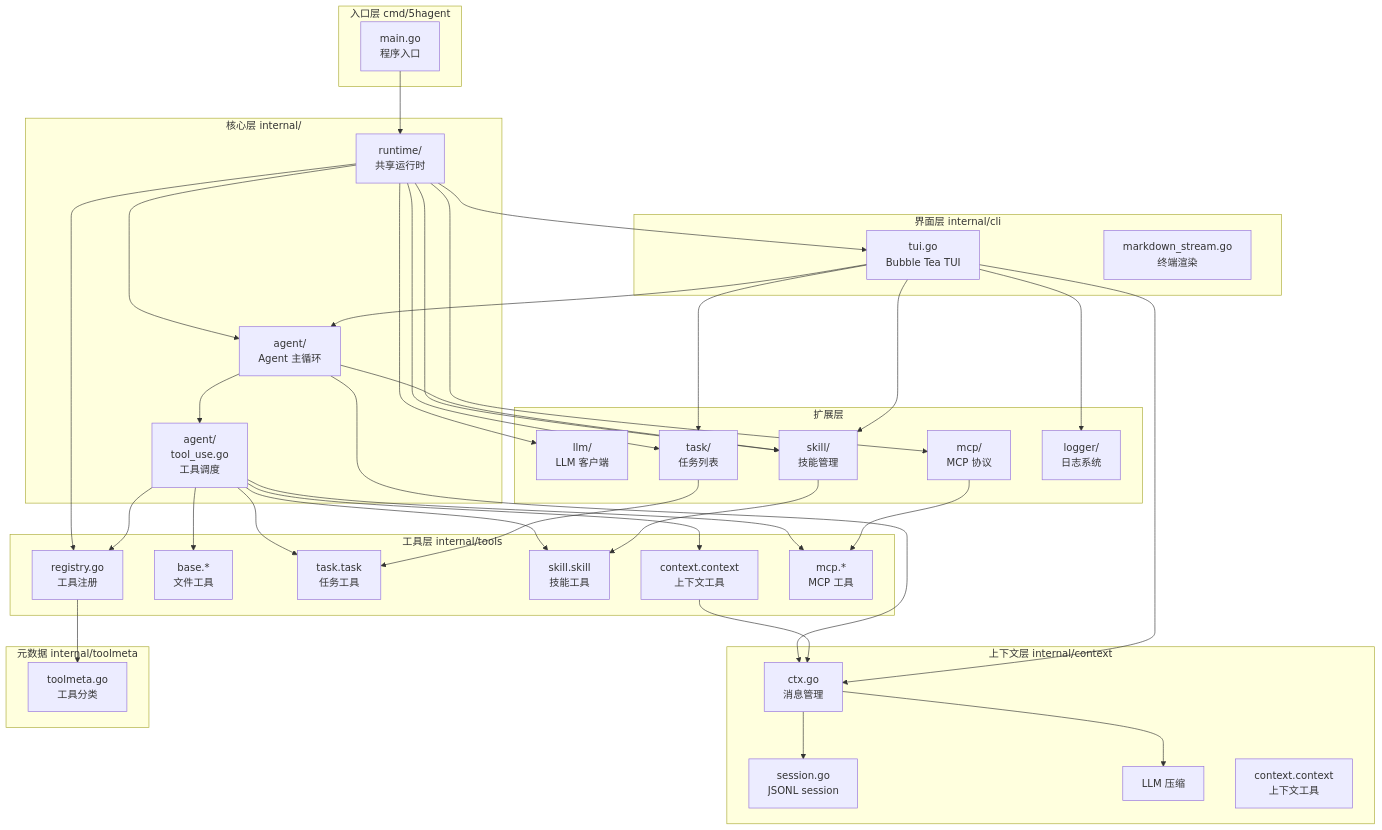
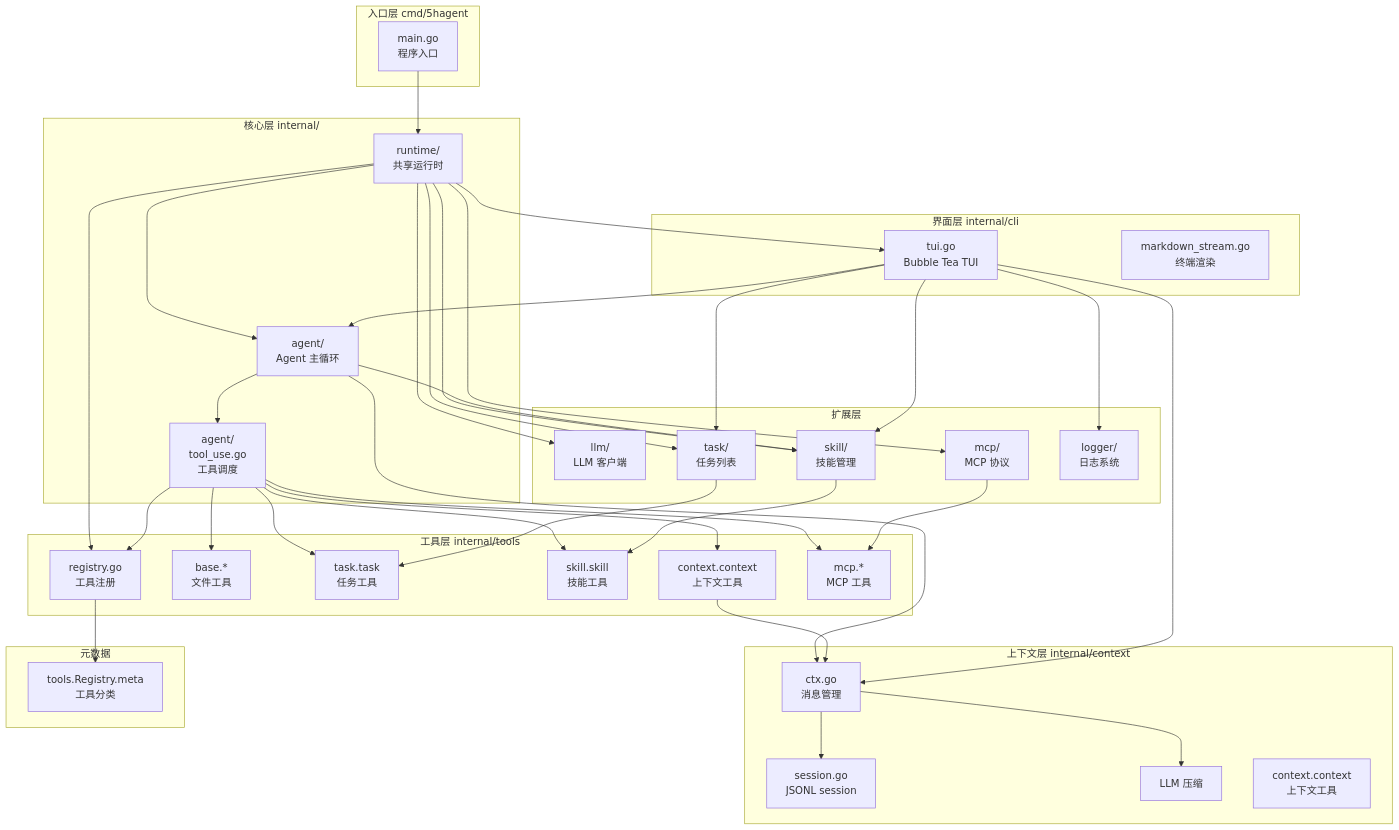
The first of 3 diagrams in doc/0README.md (Ozqi/5hAgent), drawn with Mermaid before and after one commit. The commit also changed other lines of this file and 11 other files, not shown here.

````diff
--- a/doc/0README.md
+++ b/doc/0README.md
@@ -15,80 +15,80 @@
 ```mermaid
 flowchart TB
     subgraph Entry["入口层 cmd/5hagent"]
         main["main.go<br/>程序入口"]
     end
 
     subgraph Core["核心层 internal/"]
         runtime["runtime/<br/>共享运行时"]
         agent["agent/<br/>Agent 主循环"]
         tooluse["agent/<br/>tool_use.go<br/>工具调度"]
     end
 
     subgraph Context["上下文层 internal/context"]
         ctx["ctx.go<br/>消息管理"]
         session["session.go<br/>JSONL session"]
         compress["LLM 压缩"]
         ctxtool["context.context<br/>上下文工具"]
     end
 
     subgraph Tools["工具层 internal/tools"]
         registry["registry.go<br/>工具注册"]
         base["base.*<br/>文件工具"]
         task["task.task<br/>任务工具"]
         skill["skill.skill<br/>技能工具"]
         context_tool["context.context<br/>上下文工具"]
         mcp["mcp.*<br/>MCP 工具"]
     end
 
     subgraph UI["界面层 internal/cli"]
         tui["tui.go<br/>Bubble Tea TUI"]
         markdown["markdown_stream.go<br/>终端渲染"]
     end
 
-    subgraph Meta["元数据 internal/toolmeta"]
-        tm["toolmeta.go<br/>工具分类"]
+    subgraph Meta["元数据"]
+        tm["tools.Registry.meta<br/>工具分类"]
     end
 
     subgraph Ext["扩展层"]
         llm["llm/<br/>LLM 客户端"]
         skill_mgr["skill/<br/>技能管理"]
         task_mgr["task/<br/>任务列表"]
         mcp_client["mcp/<br/>MCP 协议"]
         logger["logger/<br/>日志系统"]
     end
 
     main --> runtime
     runtime --> agent
     runtime --> registry
     runtime --> llm
     runtime --> task_mgr
     runtime --> skill_mgr
     runtime --> mcp_client
     runtime --> tui
 
     agent --> ctx
     agent --> tooluse
     agent --> skill_mgr
 
     tooluse --> registry
     tooluse --> base
     tooluse --> task
     tooluse --> skill
     tooluse --> context_tool
     tooluse --> mcp
 
     registry --> tm
 
     ctx --> compress
     ctx --> session
     context_tool --> ctx
     task_mgr --> task
     skill_mgr --> skill
     mcp_client --> mcp
 
     tui --> agent
     tui --> ctx
     tui --> task_mgr
     tui --> skill_mgr
     tui --> logger
 ```
````
